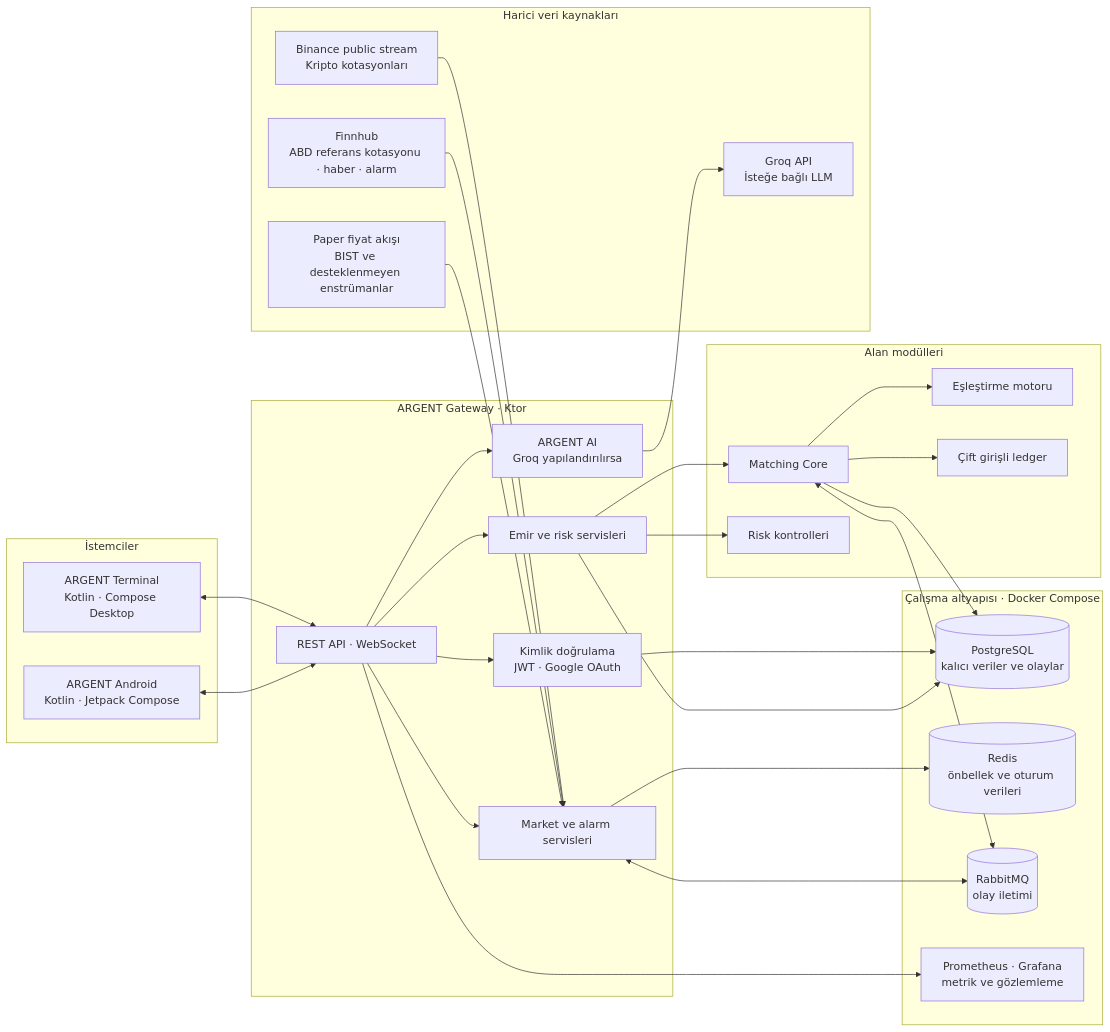
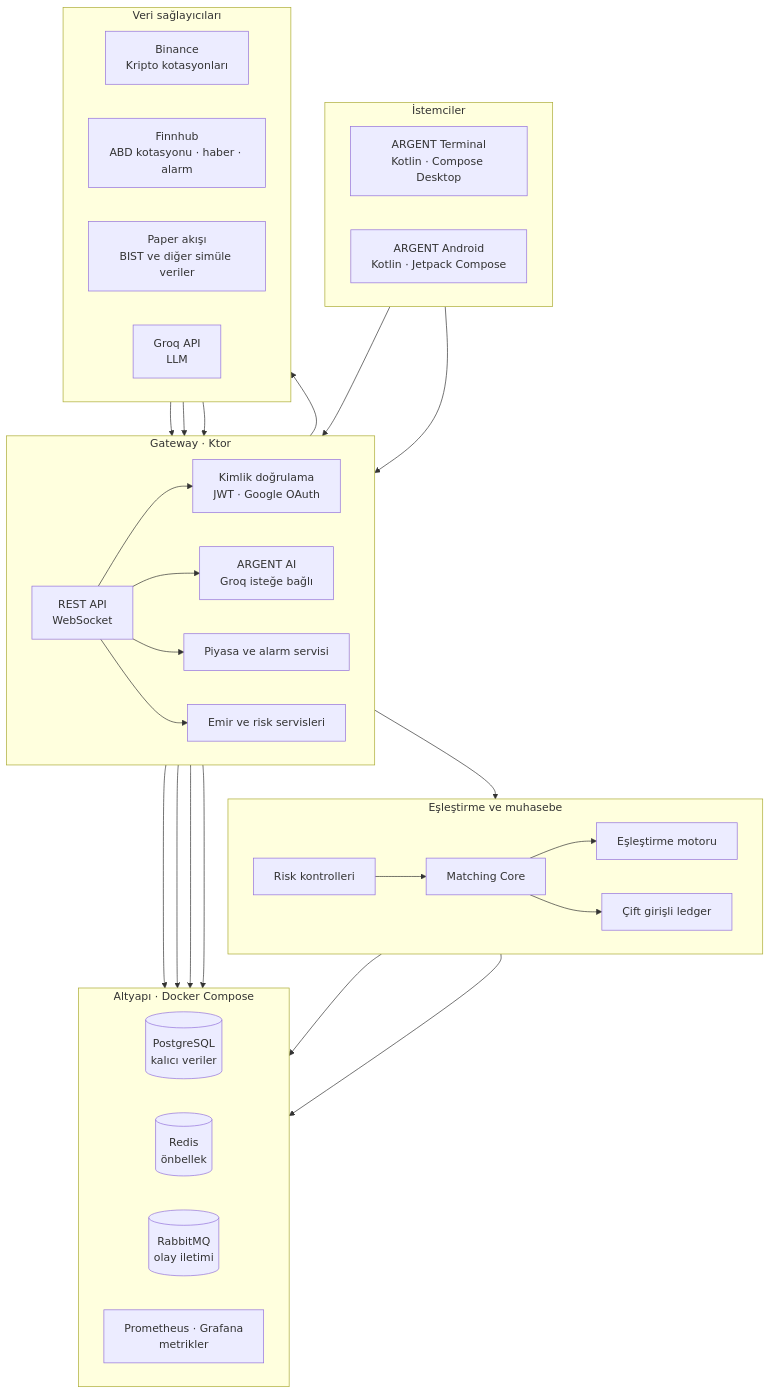
The diagram in README.md (nuranferhan/argent), drawn with Mermaid before and after one commit.

Commit message:
docs: improve README architecture diagram

````diff
--- a/README.md
+++ b/README.md
@@ -11,58 +11,62 @@
 ```mermaid
-flowchart LR
+flowchart TB
     subgraph Clients[İstemciler]
+        direction LR
         Desktop[ARGENT Terminal<br/>Kotlin · Compose Desktop]
         Android[ARGENT Android<br/>Kotlin · Jetpack Compose]
     end
 
-    subgraph Backend[ARGENT Gateway · Ktor]
-        API[REST API · WebSocket]
+    subgraph Gateway[Gateway · Ktor]
+        direction LR
+        API[REST API<br/>WebSocket]
         Auth[Kimlik doğrulama<br/>JWT · Google OAuth]
-        Assistant[ARGENT AI<br/>Groq yapılandırılırsa]
-        Market[Market ve alarm servisleri]
+        Assistant[ARGENT AI<br/>Groq isteğe bağlı]
+        Market[Piyasa ve alarm servisi]
         Trading[Emir ve risk servisleri]
     end
 
-    subgraph Core[Alan modülleri]
+    subgraph Core[Eşleştirme ve muhasebe]
+        direction LR
         Matching[Matching Core]
+        Risk[Risk kontrolleri]
         Engine[Eşleştirme motoru]
         Ledger[Çift girişli ledger]
-        Risk[Risk kontrolleri]
     end
 
-    subgraph Providers[Harici veri kaynakları]
-        Binance[Binance public stream<br/>Kripto kotasyonları]
-        Finnhub[Finnhub<br/>ABD referans kotasyonu · haber · alarm]
-        Sim[Paper fiyat akışı<br/>BIST ve desteklenmeyen enstrümanlar]
-        Groq[Groq API<br/>İsteğe bağlı LLM]
+    subgraph Providers[Veri sağlayıcıları]
+        direction LR
+        Binance[Binance<br/>Kripto kotasyonları]
+        Finnhub[Finnhub<br/>ABD kotasyonu · haber · alarm]
+        Paper[Paper akışı<br/>BIST ve diğer simüle veriler]
+        Groq[Groq API<br/>LLM]
     end
 
-    subgraph Infrastructure[Çalışma altyapısı · Docker Compose]
-        PostgreSQL[(PostgreSQL<br/>kalıcı veriler ve olaylar)]
-        Redis[(Redis<br/>önbellek ve oturum verileri)]
+    subgraph Runtime[Altyapı · Docker Compose]
+        direction LR
+        PostgreSQL[(PostgreSQL<br/>kalıcı veriler)]
+        Redis[(Redis<br/>önbellek)]
         RabbitMQ[(RabbitMQ<br/>olay iletimi)]
-        Metrics[Prometheus · Grafana<br/>metrik ve gözlemleme]
+        Metrics[Prometheus · Grafana<br/>metrikler]
     end
 
-    Desktop <--> API
-    Android <--> API
+    Desktop --> API
+    Android --> API
     API --> Auth
     API --> Assistant
-    Assistant --> Groq
     API --> Market
     API --> Trading
+    Assistant --> Groq
     Trading --> Risk
-    Trading --> Matching
+    Risk --> Matching
     Matching --> Engine
     Matching --> Ledger
     Binance --> Market
     Finnhub --> Market
-    Sim --> Market
+    Paper --> Market
     Auth --> PostgreSQL
     Trading --> PostgreSQL
-    Matching --> PostgreSQL
+    Ledger --> PostgreSQL
     Market --> Redis
-    Market <--> RabbitMQ
-    Matching <--> RabbitMQ
+    Matching --> RabbitMQ
     API --> Metrics
 ```
````
